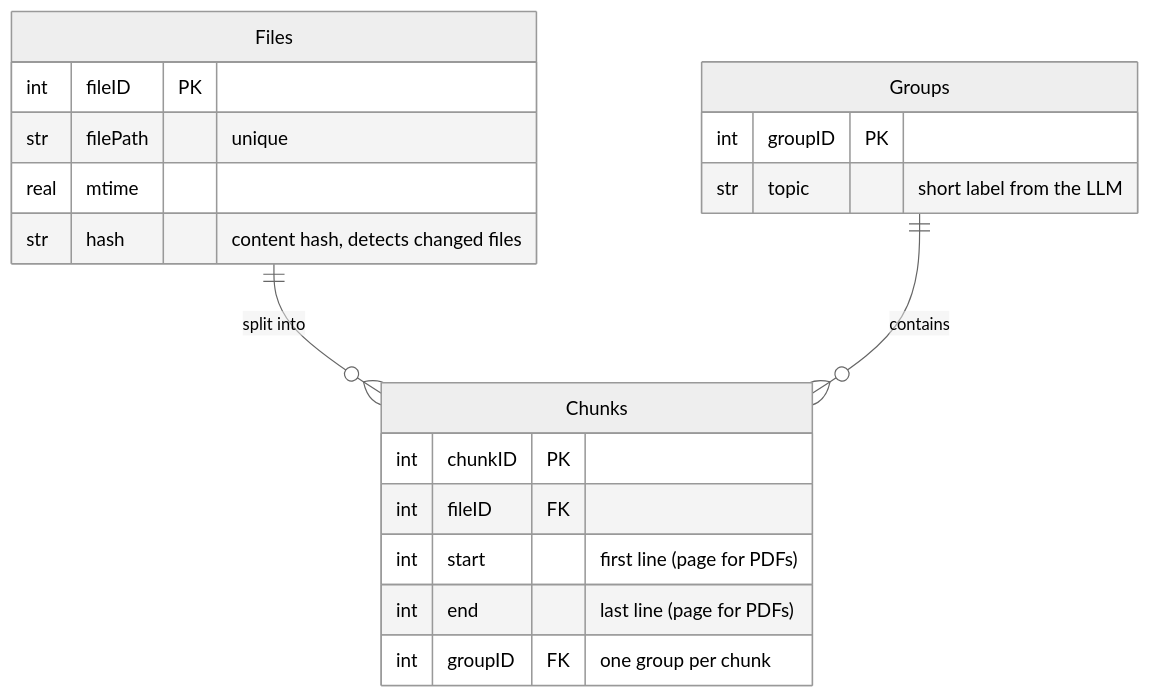
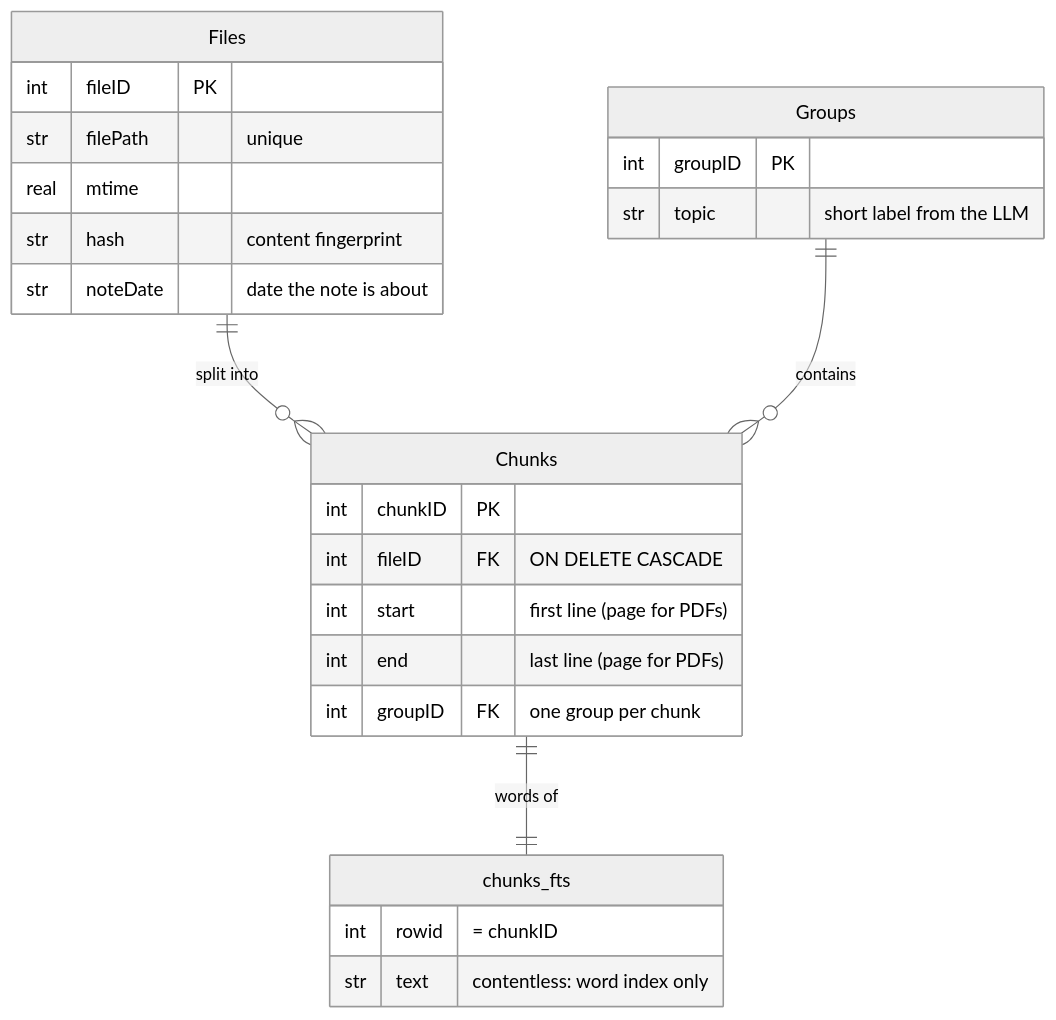
Before and after one commit to lynngoh7/pfizer-newpage-hackathon: the diagram in docs/DB_DESIGN.md, drawn with Mermaid (neutral theme). The commit also changed other lines of this file and 6 other files, not shown here.

First line of the commit message:
feat(db): in-memory index with contentless keyword search

````diff
--- a/docs/DB_DESIGN.md
+++ b/docs/DB_DESIGN.md
@@ -10,23 +11,29 @@
 ```mermaid
 erDiagram
     Files  ||--o{ Chunks : "split into"
     Groups ||--o{ Chunks : "contains"
+    Chunks ||--|| chunks_fts : "words of"
 
     Files {
         int  fileID PK
         str  filePath "unique"
         real mtime
-        str  hash "content hash, detects changed files"
+        str  hash "content fingerprint"
+        str  noteDate "date the note is about"
     }
     Chunks {
         int chunkID PK
-        int fileID FK
+        int fileID FK "ON DELETE CASCADE"
         int start "first line (page for PDFs)"
         int end   "last line (page for PDFs)"
         int groupID FK "one group per chunk"
     }
     Groups {
         int groupID PK
         str topic "short label from the LLM"
     }
+    chunks_fts {
+        int rowid "= chunkID"
+        str text "contentless: word index only"
+    }
 ```
````
